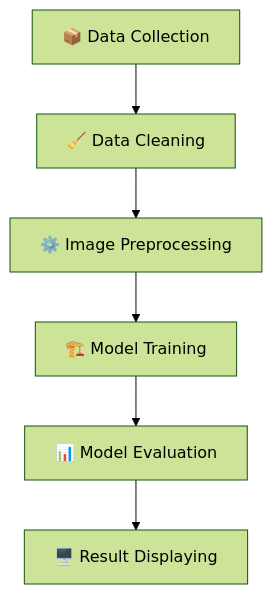
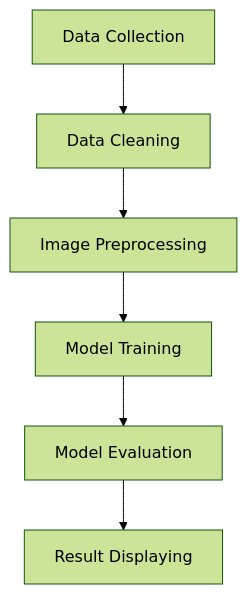
One commit to Tushar-544/Chronic-Kidney-Disease-Prediction- changed the diagram in README.md. Above: the diagram before and after it, drawn with Mermaid (forest theme). The commit also changed other lines of this file, not shown here.

Commit message:
Update README for project title and formatting

````diff
--- a/README.md
+++ b/README.md
@@ -11,8 +11,8 @@
 ```mermaid
 graph TD
-    A[📦 Data Collection] --> B[🧹 Data Cleaning]
-    B --> C[⚙️ Image Preprocessing]
-    C --> D[🏗️ Model Training]
-    D --> E[📊 Model Evaluation]
-    E --> F[🖥️ Result Displaying]
+    A[ Data Collection] --> B[ Data Cleaning]
+    B --> C[ Image Preprocessing]
+    C --> D[ Model Training]
+    D --> E[ Model Evaluation]
+    E --> F[ Result Displaying]
 ```
````
